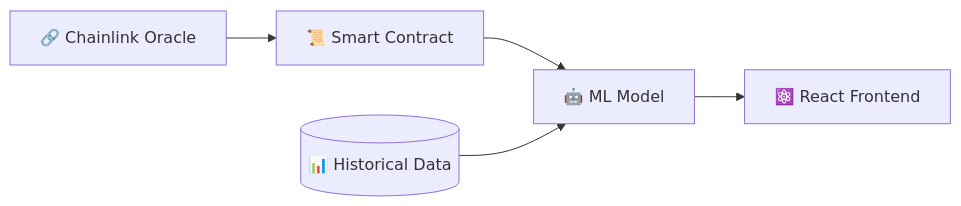
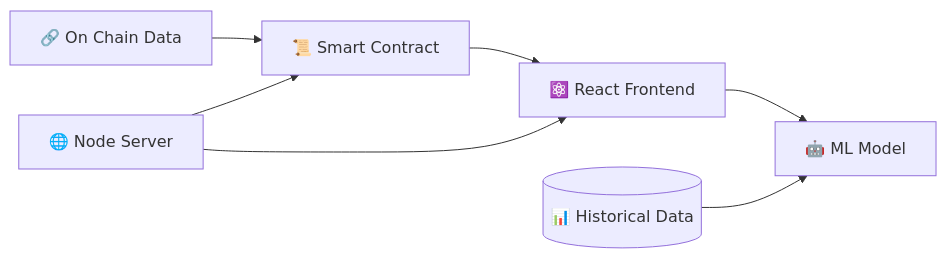
One commit to ShreyaR2/Cryp-Tick changed the diagram in README.md. Above: the diagram before and after it, drawn with Mermaid. The commit also changed other lines of this file, not shown here.

````diff
--- a/README.md
+++ b/README.md
@@ -14,7 +47,11 @@
 ```mermaid
 graph LR
-    A[🔗 Chainlink Oracle] --> B[📜 Smart Contract]
-    B --> C[🤖 ML Model]
-    C --> D[⚛️ React Frontend]
-    E[(📊 Historical Data)] --> C
+    A[🔗 On Chain Data] --> B[📜 Smart Contract]
+    B --> C[⚛️ React Frontend]
+    C --> D[🤖 ML Model]
+    
+    E[(📊 Historical Data)] --> D
+    F[🌐 Node Server] --> B
+    F --> C
+
 ```
````
